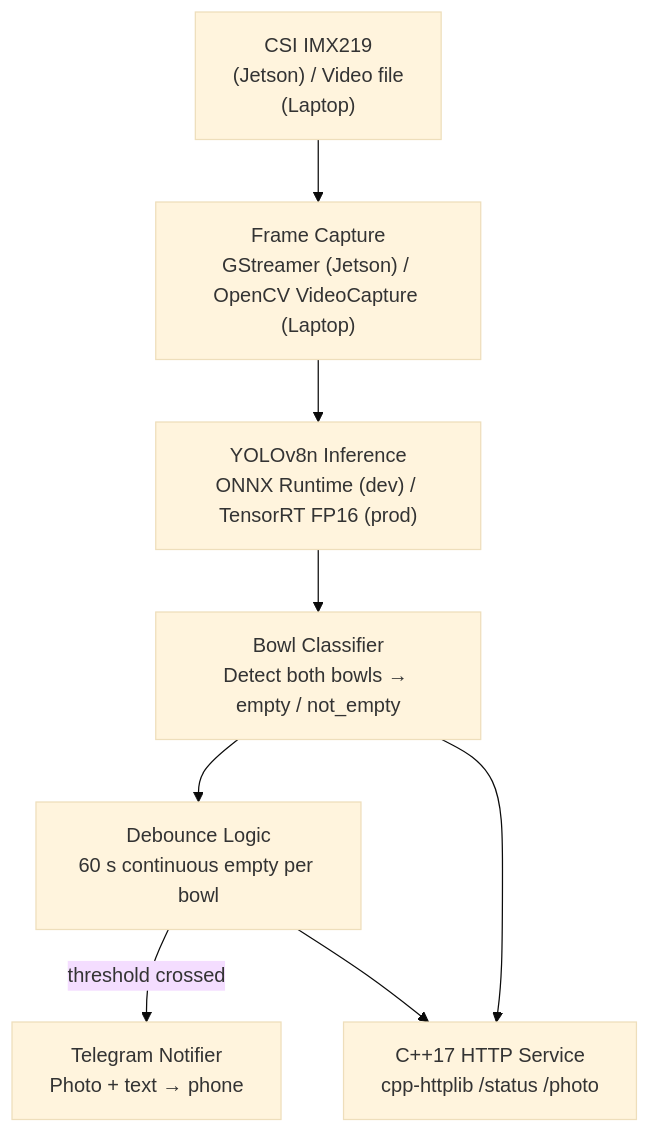
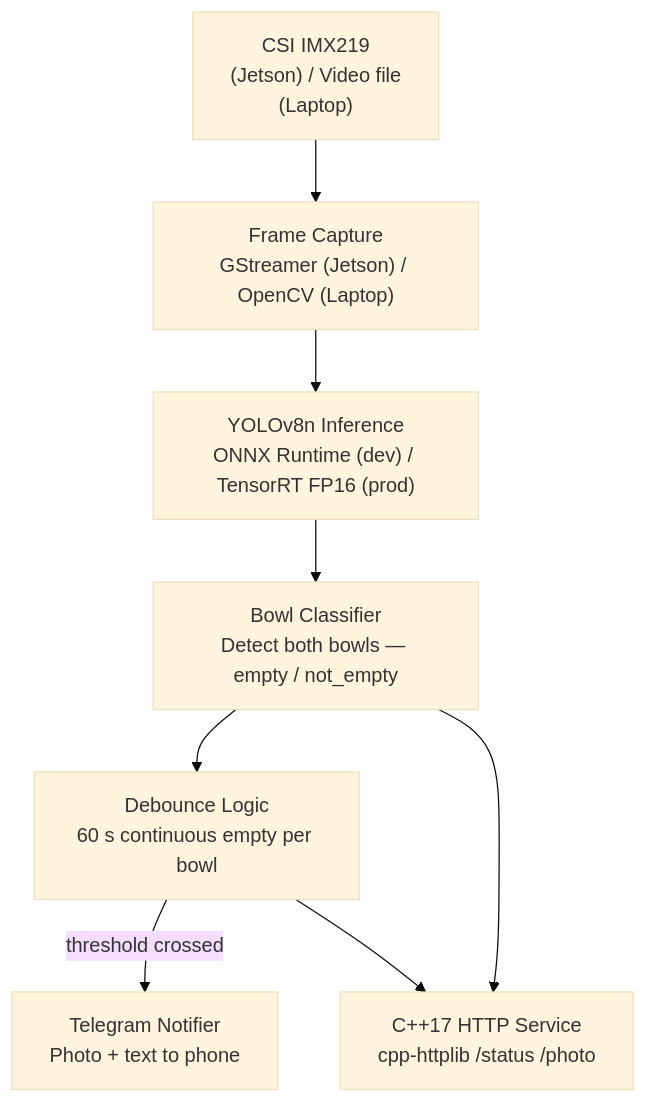
One commit to afonsocosta90/CatBowlWatch changed the diagram in README.md. Above: the diagram before and after it, drawn with Mermaid (base theme). The commit also changed other lines of this file and 6 other files, not shown here.

````diff
--- a/README.md
+++ b/README.md
@@ -27,15 +29,15 @@
 ```mermaid
 flowchart TD
-    CAM["CSI IMX219\n(Jetson) / Video file\n(Laptop)"]
-    CAPTURE["Frame Capture\nGStreamer (Jetson) / OpenCV VideoCapture (Laptop)"]
-    INFER["YOLOv8n Inference\nONNX Runtime (dev) / TensorRT FP16 (prod)"]
-    CLASSIFY["Bowl Classifier\nDetect both bowls → empty / not_empty"]
-    DEBOUNCE["Debounce Logic\n60 s continuous empty per bowl"]
-    NOTIFY["Telegram Notifier\nPhoto + text → phone"]
-    API["C++17 HTTP Service\ncpp-httplib /status  /photo"]
+    CAM["CSI IMX219<br/>(Jetson) / Video file<br/>(Laptop)"]
+    CAPTURE["Frame Capture<br/>GStreamer (Jetson) / OpenCV (Laptop)"]
+    INFER["YOLOv8n Inference<br/>ONNX Runtime (dev) / TensorRT FP16 (prod)"]
+    CLASSIFY["Bowl Classifier<br/>Detect both bowls — empty / not_empty"]
+    DEBOUNCE["Debounce Logic<br/>60 s continuous empty per bowl"]
+    NOTIFY["Telegram Notifier<br/>Photo + text to phone"]
+    API["C++17 HTTP Service<br/>cpp-httplib /status  /photo"]
 
     CAM --> CAPTURE --> INFER --> CLASSIFY --> DEBOUNCE
     DEBOUNCE -->|threshold crossed| NOTIFY
     DEBOUNCE --> API
     CLASSIFY --> API
 ```
````
